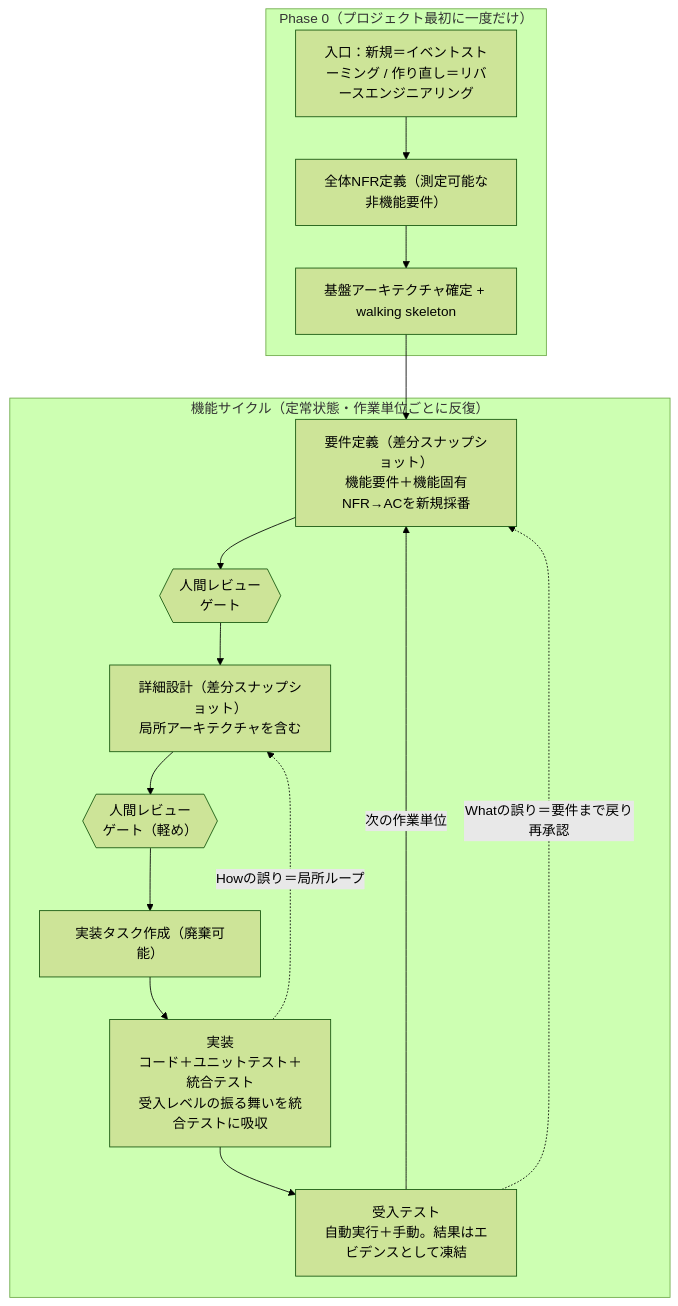
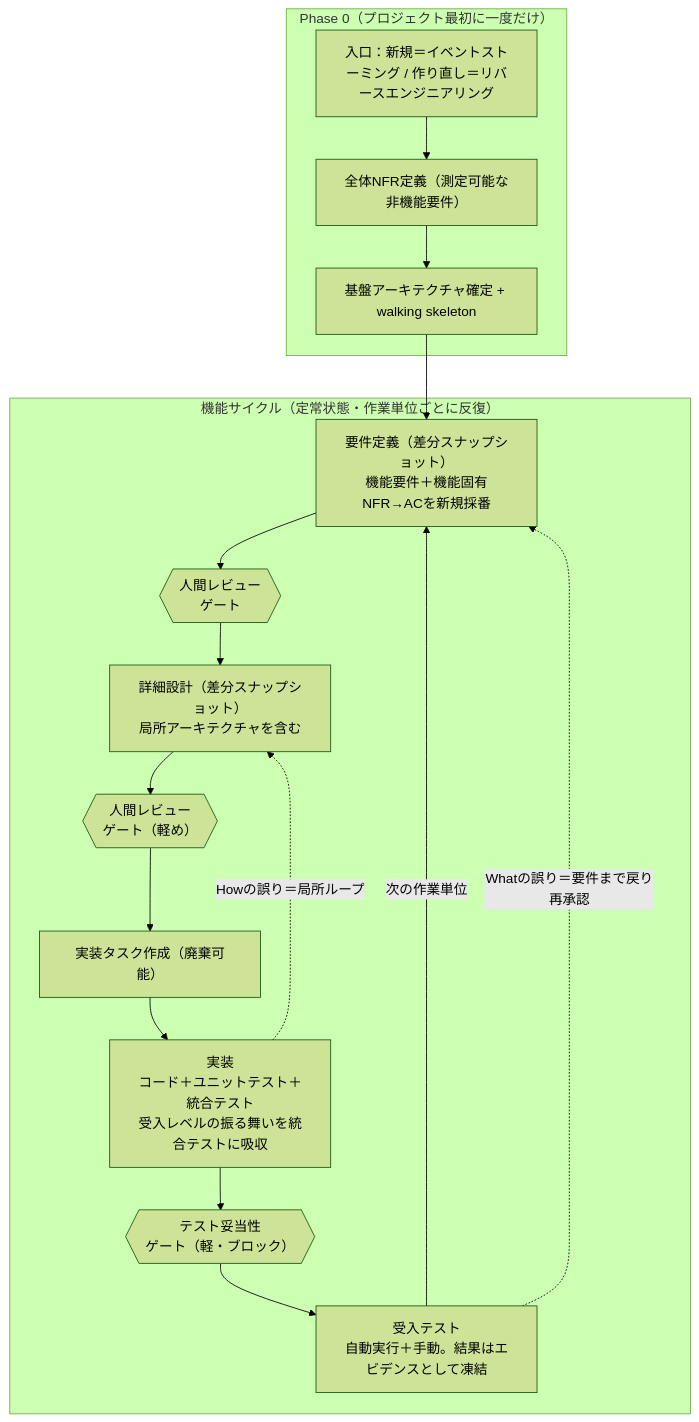
One commit to Uta-member/sdd-define-docs changed the diagram in 正式ドキュメント/SDD全体フロー.md. Above: the diagram before and after it, drawn with Mermaid (forest theme). The commit also changed other lines of this file and 8 other files, not shown here.

````diff
--- a/正式ドキュメント/SDD全体フロー.md
+++ b/正式ドキュメント/SDD全体フロー.md
@@ -14,26 +14,27 @@
 ```mermaid
 flowchart TD
     subgraph P0["Phase 0（プロジェクト最初に一度だけ）"]
         A0["入口：新規＝イベントストーミング / 作り直し＝リバースエンジニアリング"]
         A1["全体NFR定義（測定可能な非機能要件）"]
         A2["基盤アーキテクチャ確定 + walking skeleton"]
         A0 --> A1 --> A2
     end
 
     subgraph CYCLE["機能サイクル（定常状態・作業単位ごとに反復）"]
         B1["要件定義（差分スナップショット）<br/>機能要件＋機能固有NFR→ACを新規採番"]
         G1{{"人間レビュー<br/>ゲート"}}
         B2["詳細設計（差分スナップショット）<br/>局所アーキテクチャを含む"]
         G2{{"人間レビュー<br/>ゲート（軽め）"}}
         B3["実装タスク作成（廃棄可能）"]
         B4["実装<br/>コード＋ユニットテスト＋統合テスト<br/>受入レベルの振る舞いを統合テストに吸収"]
+        G3{{"テスト妥当性<br/>ゲート（軽・ブロック）"}}
         B5["受入テスト<br/>自動実行＋手動。結果はエビデンスとして凍結"]
-        B1 --> G1 --> B2 --> G2 --> B3 --> B4 --> B5
+        B1 --> G1 --> B2 --> G2 --> B3 --> B4 --> G3 --> B5
     end
 
     A2 --> B1
     B5 -->|次の作業単位| B1
 
     B4 -.->|Howの誤り＝局所ループ| B2
     B5 -.->|Whatの誤り＝要件まで戻り再承認| B1
 ```
````
